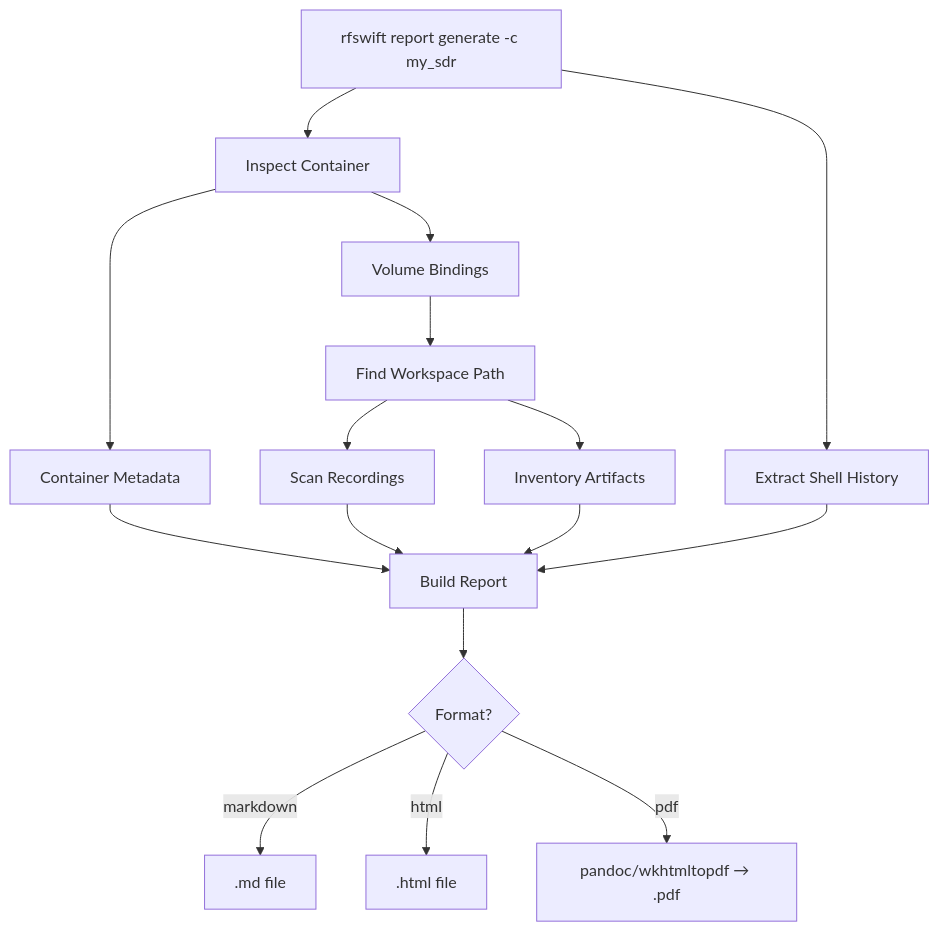
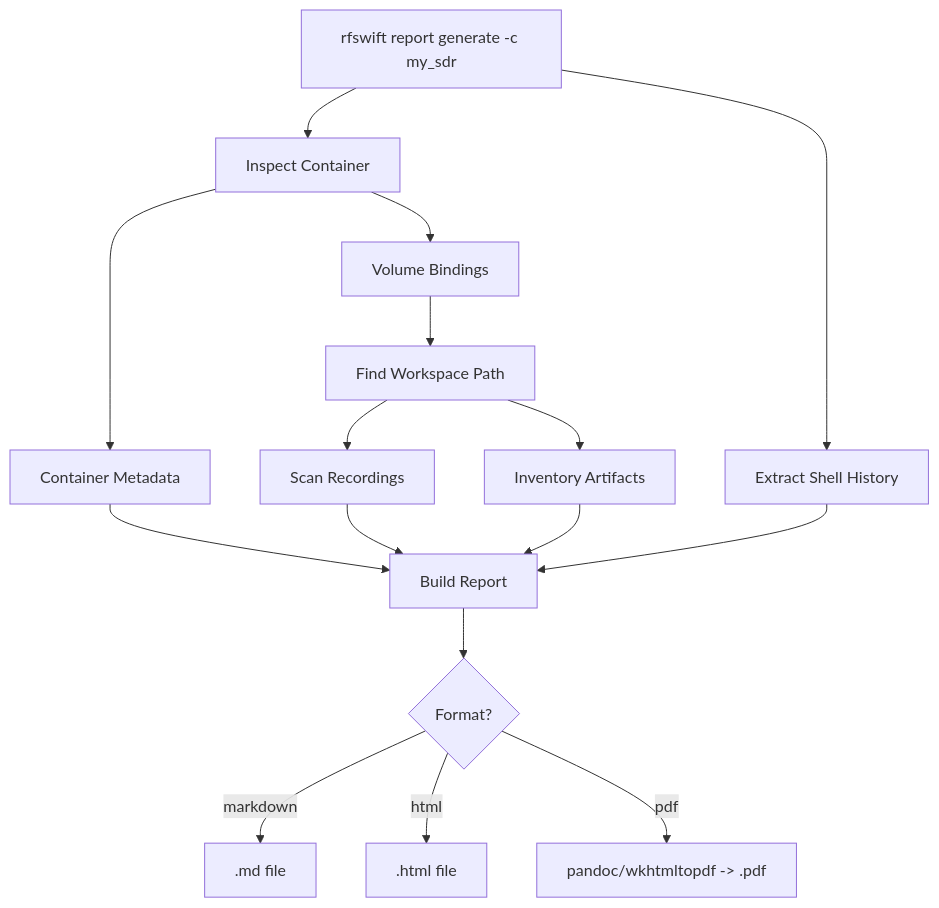
One commit to PentHertz/rfswift-doc-v2 changed the diagram in content/docs/commands/report.md. Above: the diagram before and after it, drawn with Mermaid. The commit also changed other lines of this file and 81 other files, not shown here.

````diff
--- a/content/docs/commands/report.md
+++ b/content/docs/commands/report.md
@@ -214,18 +218,18 @@
 ```mermaid
 graph TD
     A[rfswift report generate -c my_sdr] --> B[Inspect Container]
     B --> C[Container Metadata]
     B --> D[Volume Bindings]
     D --> E[Find Workspace Path]
     E --> F[Scan Recordings]
     E --> G[Inventory Artifacts]
     A --> H[Extract Shell History]
     C --> I[Build Report]
     F --> I
     G --> I
     H --> I
     I --> J{Format?}
     J -->|markdown| K[.md file]
     J -->|html| L[.html file]
-    J -->|pdf| M[pandoc/wkhtmltopdf → .pdf]
+    J -->|pdf| M[pandoc/wkhtmltopdf -> .pdf]
 ```
````
